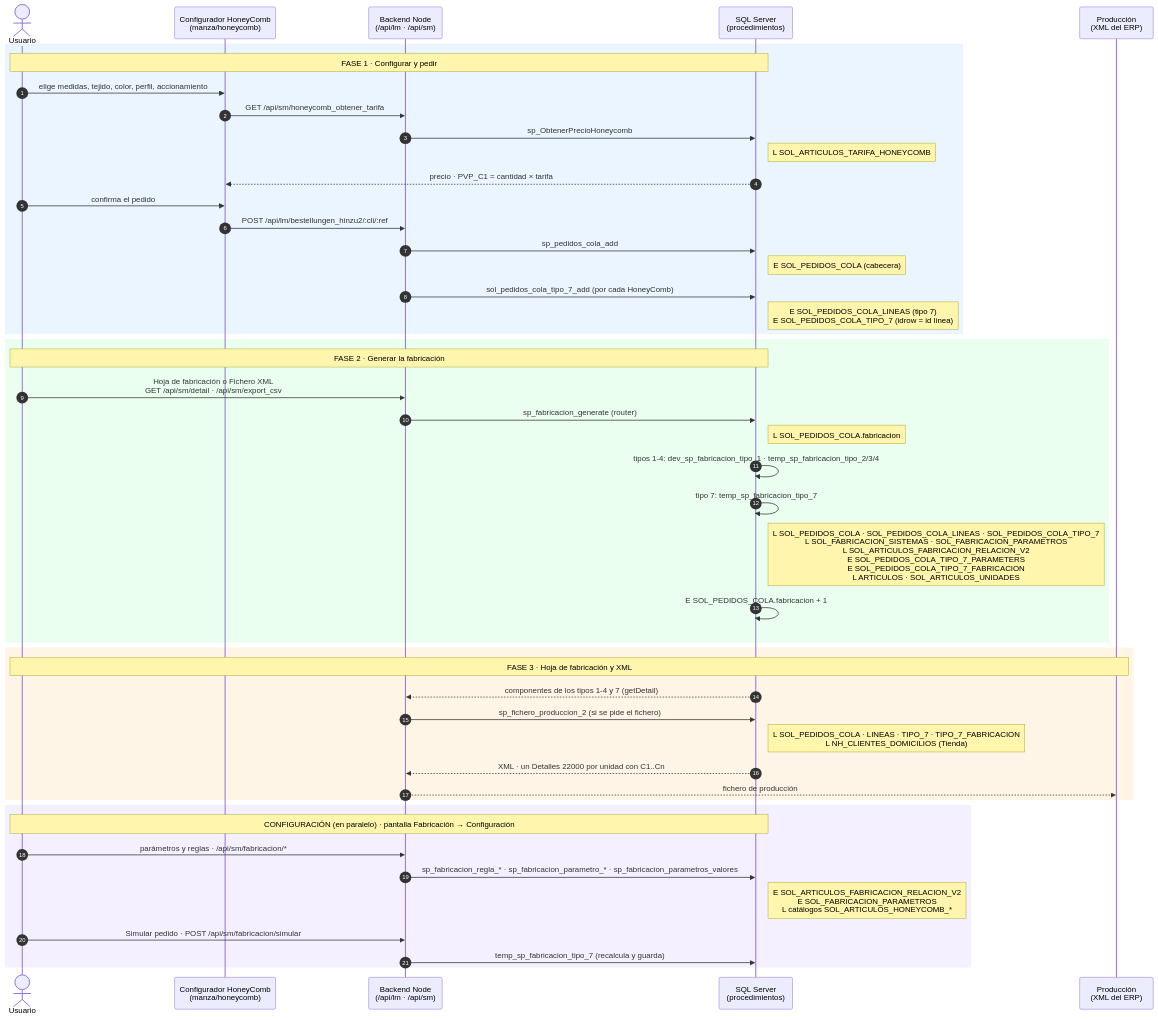
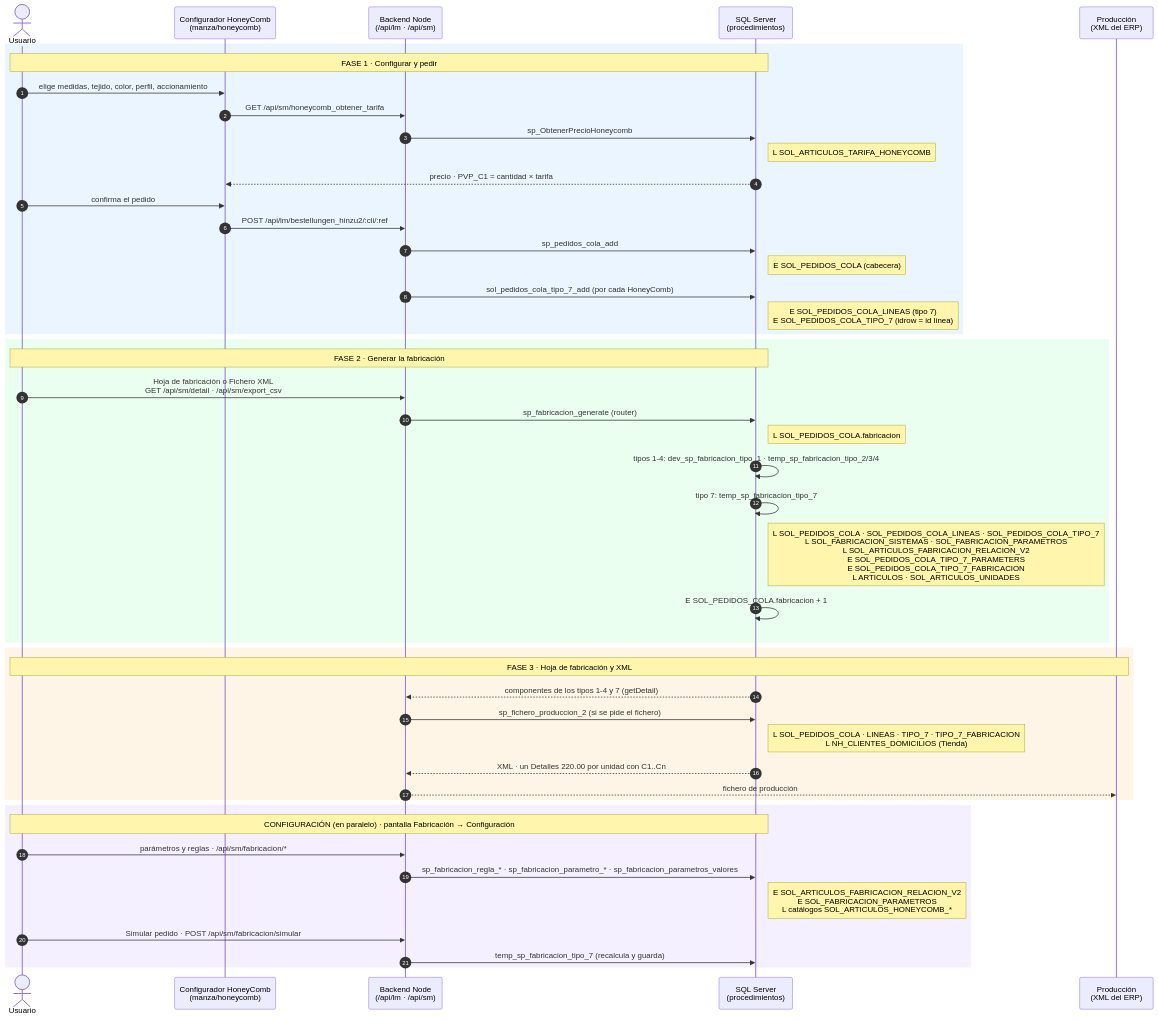
Before and after one commit to vicentferri/manza: the first of 6 diagrams in sqlHoney/diagramaFabricacionV3.md, drawn with Mermaid. The commit also changed other lines of this file and 24 other files, not shown here.

````diff
--- a/sqlHoney/diagramaFabricacionV3.md
+++ b/sqlHoney/diagramaFabricacionV3.md
@@ -27,53 +27,53 @@
 ```mermaid
 sequenceDiagram
     autonumber
     actor U as Usuario
     participant CF as Configurador HoneyComb<br/>(manza/honeycomb)
     participant API as Backend Node<br/>(/api/lm · /api/sm)
     participant DB as SQL Server<br/>(procedimientos)
     participant XML as Producción<br/>(XML del ERP)
 
     rect rgb(235, 245, 255)
     Note over U,DB: FASE 1 · Configurar y pedir
     U->>CF: elige medidas, tejido, color, perfil, accionamiento
     CF->>API: GET /api/sm/honeycomb_obtener_tarifa
     API->>DB: sp_ObtenerPrecioHoneycomb
     Note right of DB: L SOL_ARTICULOS_TARIFA_HONEYCOMB
     DB-->>CF: precio · PVP_C1 = cantidad × tarifa
     U->>CF: confirma el pedido
     CF->>API: POST /api/lm/bestellungen_hinzu2/:cli/:ref
     API->>DB: sp_pedidos_cola_add
     Note right of DB: E SOL_PEDIDOS_COLA (cabecera)
     API->>DB: sol_pedidos_cola_tipo_7_add (por cada HoneyComb)
     Note right of DB: E SOL_PEDIDOS_COLA_LINEAS (tipo 7)<br/>E SOL_PEDIDOS_COLA_TIPO_7 (idrow = id línea)
     end
 
     rect rgb(235, 255, 240)
     Note over U,DB: FASE 2 · Generar la fabricación
     U->>API: Hoja de fabricación o Fichero XML<br/>GET /api/sm/detail · /api/sm/export_csv
     API->>DB: sp_fabricacion_generate (router)
     Note right of DB: L SOL_PEDIDOS_COLA.fabricacion
     DB->>DB: tipos 1-4: dev_sp_fabricacion_tipo_1 · temp_sp_fabricacion_tipo_2/3/4
     DB->>DB: tipo 7: temp_sp_fabricacion_tipo_7
     Note right of DB: L SOL_PEDIDOS_COLA · SOL_PEDIDOS_COLA_LINEAS · SOL_PEDIDOS_COLA_TIPO_7<br/>L SOL_FABRICACION_SISTEMAS · SOL_FABRICACION_PARAMETROS<br/>L SOL_ARTICULOS_FABRICACION_RELACION_V2<br/>E SOL_PEDIDOS_COLA_TIPO_7_PARAMETERS<br/>E SOL_PEDIDOS_COLA_TIPO_7_FABRICACION<br/>L ARTICULOS · SOL_ARTICULOS_UNIDADES
     DB->>DB: E SOL_PEDIDOS_COLA.fabricacion + 1
     end
 
     rect rgb(255, 245, 230)
     Note over U,XML: FASE 3 · Hoja de fabricación y XML
     DB-->>API: componentes de los tipos 1-4 y 7 (getDetail)
     API->>DB: sp_fichero_produccion_2 (si se pide el fichero)
     Note right of DB: L SOL_PEDIDOS_COLA · LINEAS · TIPO_7 · TIPO_7_FABRICACION<br/>L NH_CLIENTES_DOMICILIOS (Tienda)
-    DB-->>API: XML · un Detalles 22000 por unidad con C1..Cn
+    DB-->>API: XML · un Detalles 220.00 por unidad con C1..Cn
     API-->>XML: fichero de producción
     end
 
     rect rgb(245, 240, 255)
     Note over U,DB: CONFIGURACIÓN (en paralelo) · pantalla Fabricación → Configuración
     U->>API: parámetros y reglas · /api/sm/fabricacion/*
     API->>DB: sp_fabricacion_regla_* · sp_fabricacion_parametro_* · sp_fabricacion_parametros_valores
     Note right of DB: E SOL_ARTICULOS_FABRICACION_RELACION_V2<br/>E SOL_FABRICACION_PARAMETROS<br/>L catálogos SOL_ARTICULOS_HONEYCOMB_*
     U->>API: Simular pedido · POST /api/sm/fabricacion/simular
     API->>DB: temp_sp_fabricacion_tipo_7 (recalcula y guarda)
     end
 ```
````
